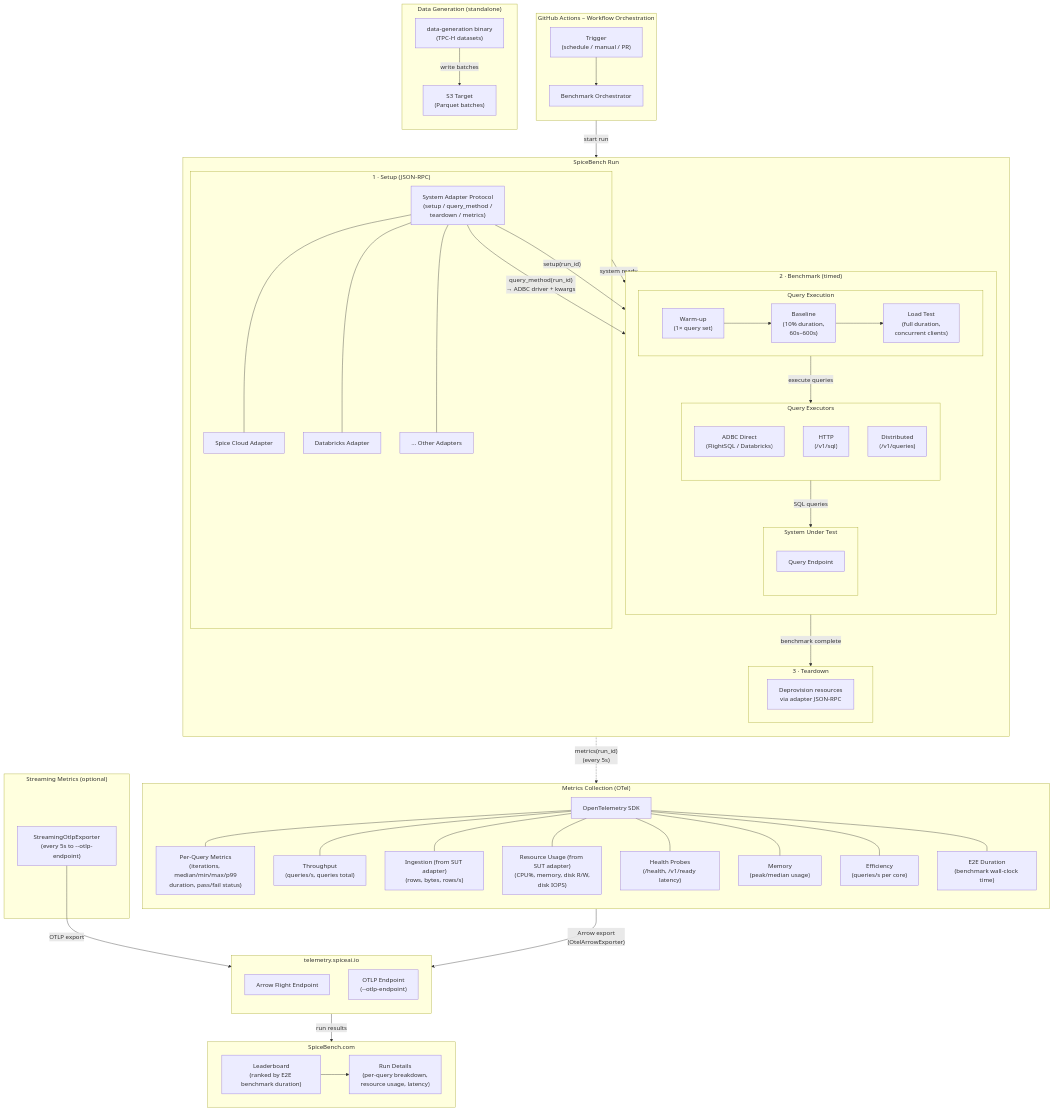
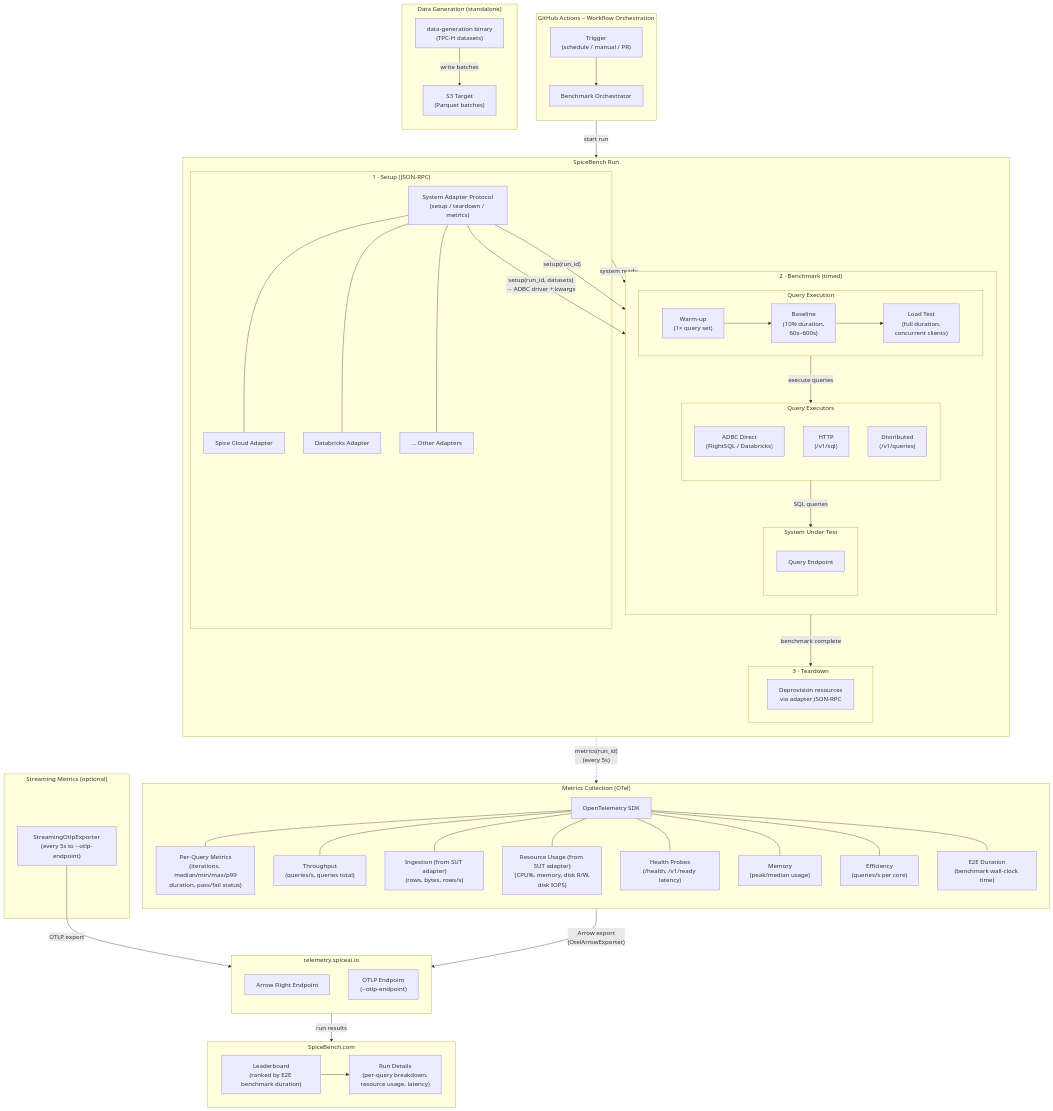
One commit to spiceai/spicebench changed the diagram in README.md. Above: the diagram before and after it, drawn with Mermaid. The commit also changed other lines of this file and 5 other files, not shown here.

```diff
--- a/README.md
+++ b/README.md
@@ -17,7 +17,7 @@
         direction TB
 
         subgraph setup_phase["1 · Setup (JSON-RPC)"]
-            adapter_iface["System Adapter Protocol\n(setup / query_method /\nteardown / metrics)"]
+            adapter_iface["System Adapter Protocol\n(setup / teardown / metrics)"]
             spice["Spice Cloud Adapter"]
             databricks["Databricks Adapter"]
             other["... Other Adapters"]
@@ -105,7 +105,7 @@
     orchestrator -->|"start run"| run
 
     adapter_iface -->|"setup(run_id)"| sut
-    adapter_iface -->|"query_method(run_id)\n→ ADBC driver + kwargs"| executors
+    adapter_iface -->|"setup(run_id, datasets)\n→ ADBC driver + kwargs"| executors
     setup_phase -->|"system ready"| bench_phase
     bench_phase -->|"benchmark complete"| teardown_phase
 
```
